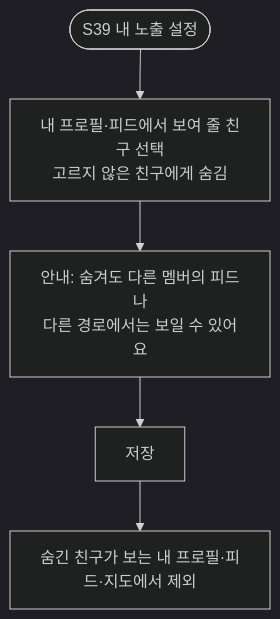
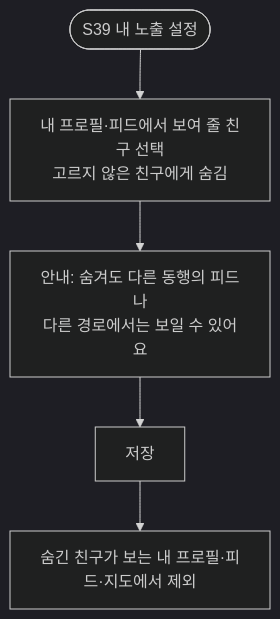
Diagram 21 of 24 in docs/flow/user-flow.md (a204-eodilog/eodilog), drawn with Mermaid (dark theme) before and after one commit. The commit also changed other lines of this file and 1 other file, not shown here.

````diff
--- a/docs/flow/user-flow.md
+++ b/docs/flow/user-flow.md
@@ -481,7 +494,7 @@
 ```mermaid
 flowchart TD
     S39(["S39 내 노출 설정"]) --> HIDE["내 프로필·피드에서 보여 줄 친구 선택<br/>고르지 않은 친구에게 숨김"]
-    HIDE --> NOTE["안내: 숨겨도 다른 멤버의 피드나<br/>다른 경로에서는 보일 수 있어요"]
+    HIDE --> NOTE["안내: 숨겨도 다른 동행의 피드나<br/>다른 경로에서는 보일 수 있어요"]
     NOTE --> SAVE["저장"]
     SAVE --> APPLY["숨긴 친구가 보는 내 프로필·피드·지도에서 제외"]
 ```
````
